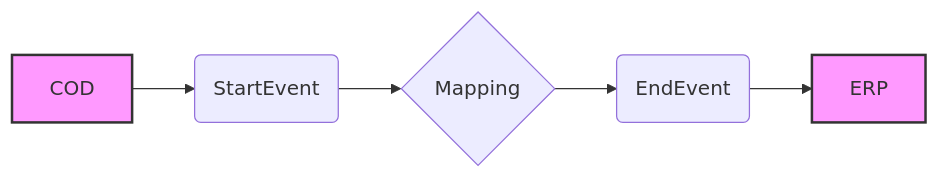
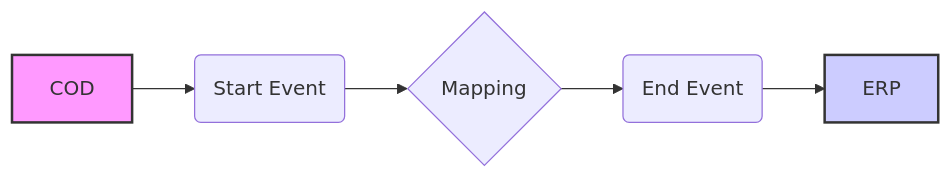
Before and after one commit to Avvale-IA-CICD/AvvaleCPI: the diagram in MMZ - Cell Iflows/Check_Connectivity_to_SAP_Business_Suite_MMZ-1.0.4/readme.md, drawn with Mermaid. The commit also changed other lines of this file, not shown here.

````diff
--- a/MMZ - Cell Iflows/Check_Connectivity_to_SAP_Business_Suite_MMZ-1.0.4/readme.md
+++ b/MMZ - Cell Iflows/Check_Connectivity_to_SAP_Business_Suite_MMZ-1.0.4/readme.md
@@ -4,9 +4,9 @@
 ```mermaid
 graph LR
-    A[COD] --> B(StartEvent)
+    A[COD] --> B(Start Event)
     B --> C{Mapping}
-    C --> D(EndEvent)
+    C --> D(End Event)
     D --> E[ERP]
     style A fill:#f9f,stroke:#333,stroke-width:2px
-    style E fill:#f9f,stroke:#333,stroke-width:2px
+    style E fill:#ccf,stroke:#333,stroke-width:2px
 ```
````
